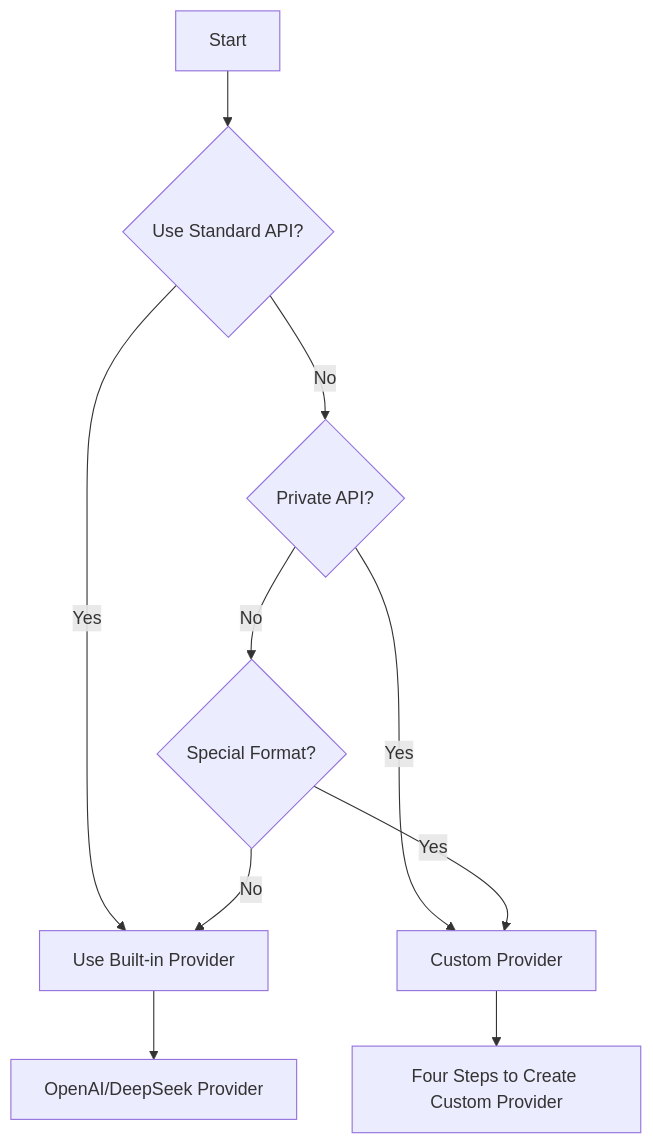
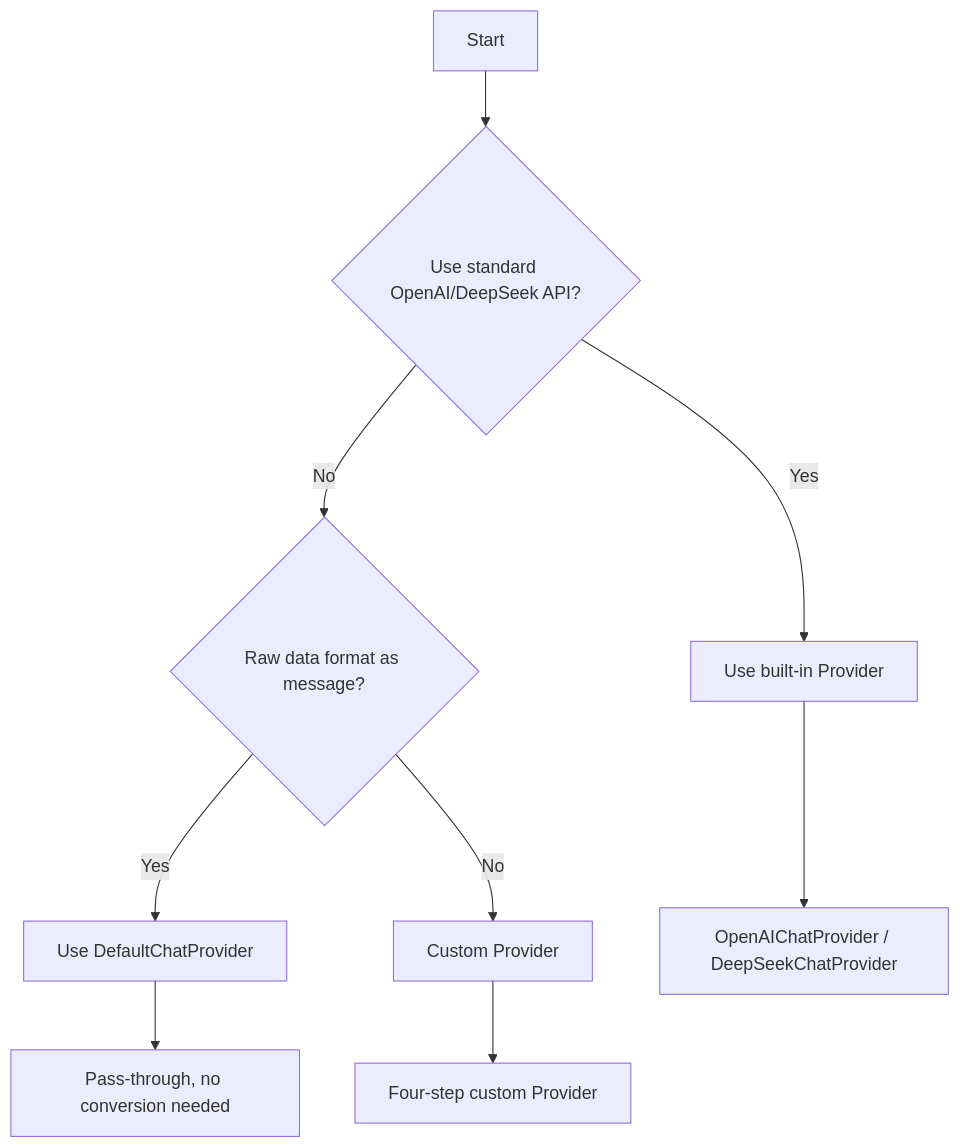
The diagram in packages/x-skill/skills/x-chat-provider/SKILL.md (fahmifareed/x), drawn with Mermaid before and after one commit. The commit also changed other lines of this file and 29 other files, not shown here.

````diff
--- a/packages/x-skill/skills/x-chat-provider/SKILL.md
+++ b/packages/x-skill/skills/x-chat-provider/SKILL.md
@@ -106,13 +50,11 @@
 ```mermaid
 graph TD
-    A[Start] --> B{Use Standard API?}
-    B -->|Yes| C[Use Built-in Provider]
-    B -->|No| D{Private API?}
-    D -->|Yes| E[Custom Provider]
-    D -->|No| F{Special Format?}
-    F -->|Yes| E
-    F -->|No| C
-
-    C --> G[OpenAI/DeepSeek Provider]
-    E --> H[Four Steps to Create Custom Provider]
+    A[Start] --> B{Use standard OpenAI/DeepSeek API?}
+    B -->|Yes| C[Use built-in Provider]
+    B -->|No| D{Raw data format as message?}
+    D -->|Yes| E[Use DefaultChatProvider]
+    D -->|No| F[Custom Provider]
+    C --> G[OpenAIChatProvider / DeepSeekChatProvider]
+    E --> H[Pass-through, no conversion needed]
+    F --> I[Four-step custom Provider]
 ```
````
